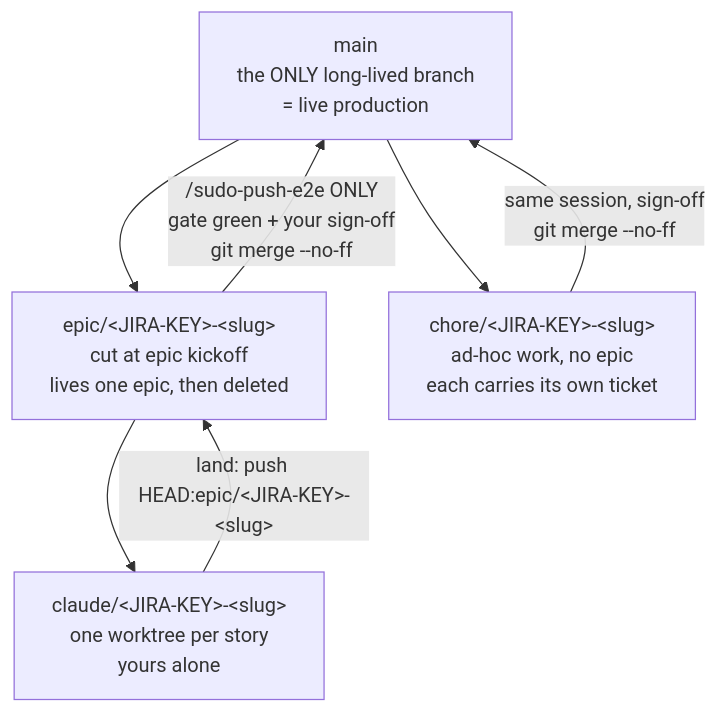
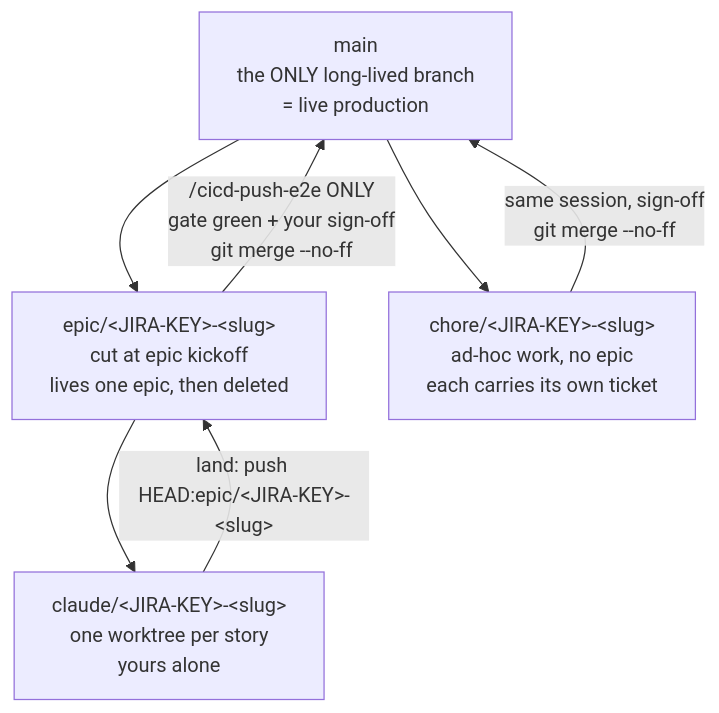
One commit to sudomadhatter/Sudo_Hatter_Command changed diagram 11 of 12 in _my_resources/_quick_reference/git_walkthrough_settings.md. Above: the diagram before and after it, drawn with Mermaid. The commit also changed other lines of this file and 402 other files, not shown here.

````diff
--- a/_my_resources/_quick_reference/git_walkthrough_settings.md
+++ b/_my_resources/_quick_reference/git_walkthrough_settings.md
@@ -282,9 +282,9 @@
 ```mermaid
 flowchart TD
     MAIN["main\nthe ONLY long-lived branch\n= live production"] --> EPIC["epic/&lt;JIRA-KEY&gt;-&lt;slug&gt;\ncut at epic kickoff\nlives one epic, then deleted"]
     EPIC --> WT["claude/&lt;JIRA-KEY&gt;-&lt;slug&gt;\none worktree per story\nyours alone"]
     WT -->|"land: push HEAD:epic/&lt;JIRA-KEY&gt;-&lt;slug&gt;"| EPIC
-    EPIC -->|"/sudo-push-e2e ONLY\ngate green + your sign-off\ngit merge --no-ff"| MAIN
+    EPIC -->|"/cicd-push-e2e ONLY\ngate green + your sign-off\ngit merge --no-ff"| MAIN
     MAIN --> CHORE["chore/&lt;JIRA-KEY&gt;-&lt;slug&gt;\nad-hoc work, no epic\neach carries its own ticket"]
     CHORE -->|"same session, sign-off\ngit merge --no-ff"| MAIN
 ```
````
